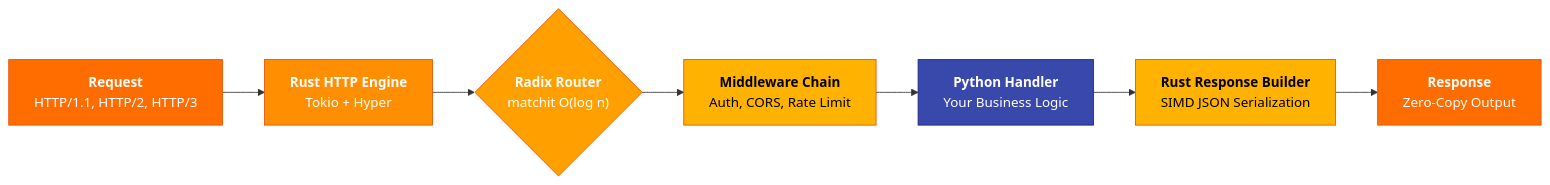
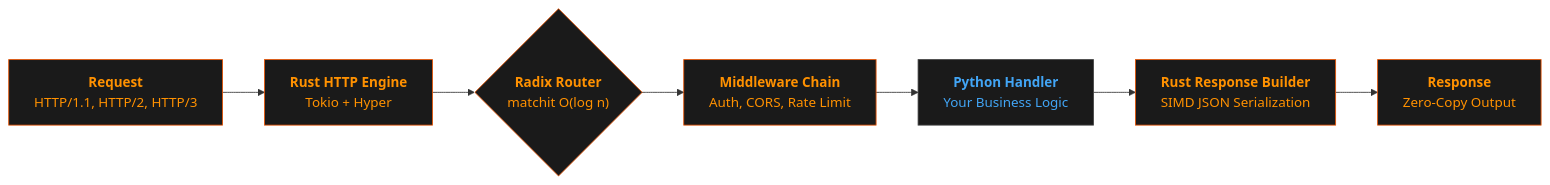
One commit to jagadeesh32/cello changed the diagram in docs/index.md. Above: the diagram before and after it, drawn with Mermaid. The commit also changed other lines of this file and 6 other files, not shown here.

````diff
--- a/docs/index.md
+++ b/docs/index.md
@@ -388,17 +389,17 @@
 ```mermaid
 graph LR
     A["<b>Request</b><br/>HTTP/1.1, HTTP/2, HTTP/3"] --> B["<b>Rust HTTP Engine</b><br/>Tokio + Hyper"]
     B --> C{"<b>Radix Router</b><br/>matchit O(log n)"}
     C --> D["<b>Middleware Chain</b><br/>Auth, CORS, Rate Limit"]
     D --> E["<b>Python Handler</b><br/>Your Business Logic"]
     E --> F["<b>Rust Response Builder</b><br/>SIMD JSON Serialization"]
     F --> G["<b>Response</b><br/>Zero-Copy Output"]
 
-    style A fill:#ff6d00,stroke:#e65100,color:#fff
-    style B fill:#ff8f00,stroke:#e65100,color:#fff
-    style C fill:#ffa000,stroke:#e65100,color:#fff
-    style D fill:#ffb300,stroke:#e65100,color:#000
-    style E fill:#3949ab,stroke:#1a237e,color:#fff
-    style F fill:#ffb300,stroke:#e65100,color:#000
-    style G fill:#ff6d00,stroke:#e65100,color:#fff
+    style A fill:#1A1A1A,stroke:#E65100,color:#FF9100
+    style B fill:#1A1A1A,stroke:#E65100,color:#FF9100
+    style C fill:#1A1A1A,stroke:#E65100,color:#FF9100
+    style D fill:#1A1A1A,stroke:#E65100,color:#FF9100
+    style E fill:#1A1A1A,stroke:#424242,color:#42a5f5
+    style F fill:#1A1A1A,stroke:#E65100,color:#FF9100
+    style G fill:#1A1A1A,stroke:#E65100,color:#FF9100
 ```
````
